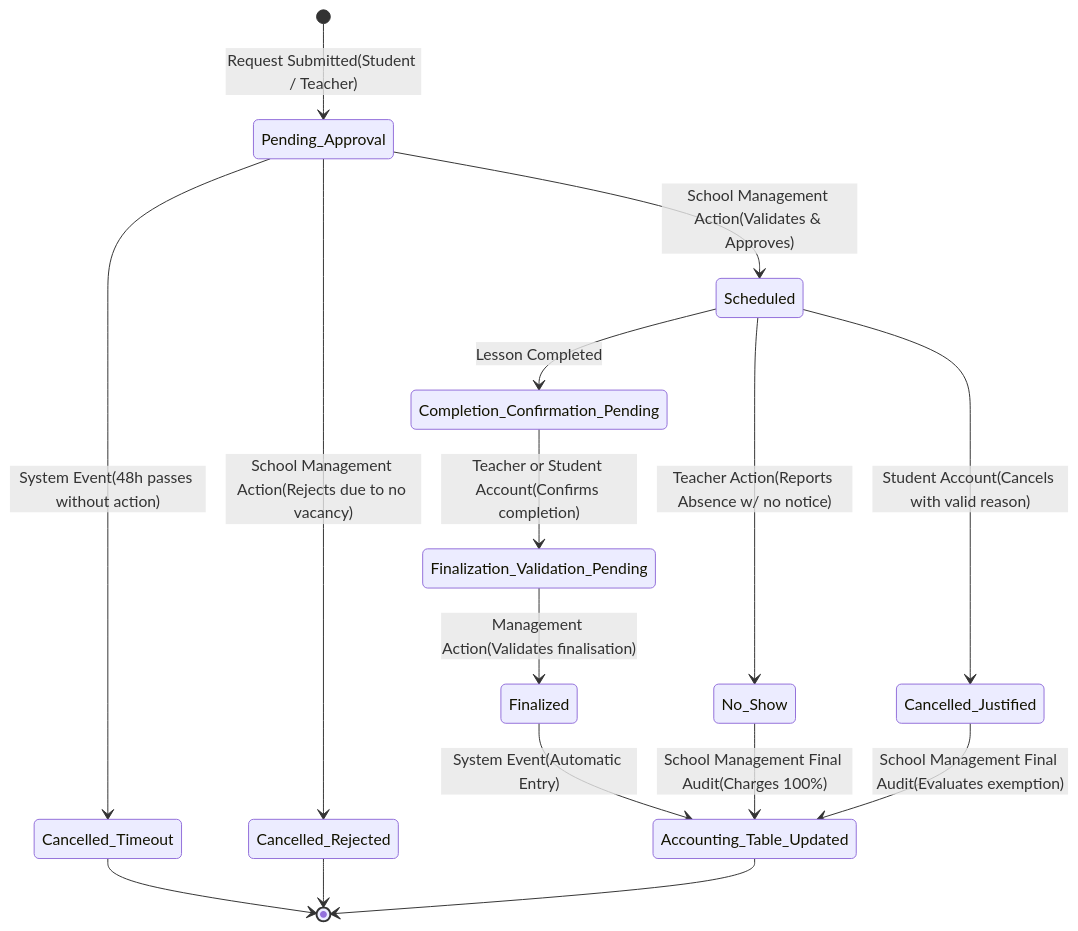
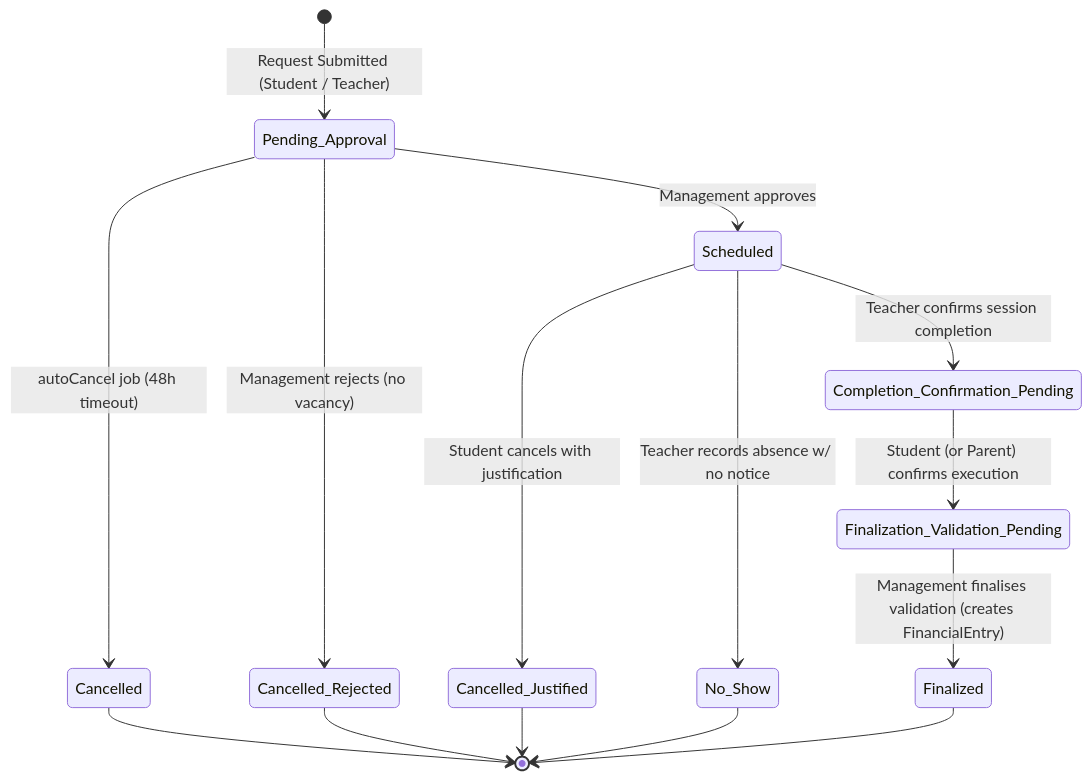
One commit to NovaLogic-Systems/gestArtes-docs changed the diagram in diagrams/State Machine Diagram/statediagram.md. Above: the diagram before and after it, drawn with Mermaid. The commit also changed other lines of this file and 4 other files, not shown here.

Commit message:
Refactor sequence diagrams for rental and marketplace processes; enhance sitemap and state machine diagram for clarity and detail

````diff
--- a/diagrams/State Machine Diagram/statediagram.md
+++ b/diagrams/State Machine Diagram/statediagram.md
@@ -1,32 +1,28 @@
 ```mermaid
 stateDiagram-v2
     direction TB
 
-    %% Request start
-    [*] --> Pending_Approval : Request Submitted(Student / Teacher)
+    %% Request start (Pending_Approval is seeded in DB)
+    [*] --> Pending_Approval : Request Submitted (Student / Teacher)
 
-    %% Booking validation
-    Pending_Approval --> Scheduled : School Management Action(Validates & Approves)
-    Pending_Approval --> Cancelled_Timeout : System Event(48h passes without action)
-    Pending_Approval --> Cancelled_Rejected : School Management Action(Rejects due to no vacancy)
+    %% Booking validation (Scheduled is auto-created by approve-session.usecase.js)
+    Pending_Approval --> Scheduled : Management approves
+    Pending_Approval --> Cancelled : autoCancel job (48h timeout)
+    Pending_Approval --> Cancelled_Rejected : Management rejects (no vacancy)
 
-    %% Post-coaching validation flow (Teacher or Student confirms, then Management finalises)
-    Scheduled --> Completion_Confirmation_Pending : Lesson Completed
-    Completion_Confirmation_Pending --> Finalization_Validation_Pending : Teacher or Student Account(Confirms completion)
-    Finalization_Validation_Pending --> Finalized : Management Action(Validates finalisation)
+    %% Post-coaching validation flow (Teacher confirms, then Student/Parent confirms, then Management finalises)
+    Scheduled --> Completion_Confirmation_Pending : Teacher confirms session completion
+    Completion_Confirmation_Pending --> Finalization_Validation_Pending : Student (or Parent) confirms execution
+    Finalization_Validation_Pending --> Finalized : Management finalises validation (creates FinancialEntry)
 
-    %% Automatic accounting update
-    Finalized --> Accounting_Table_Updated : System Event(Automatic Entry)
+    %% Exception flows during scheduled lesson
+    Scheduled --> No_Show : Teacher records absence w/ no notice
+    Scheduled --> Cancelled_Justified : Student cancels with justification
 
-    %% Exception flow during scheduled lesson
-    Scheduled --> No_Show : Teacher Action(Reports Absence w/ no notice)
-    Scheduled --> Cancelled_Justified : Student Account(Cancels with valid reason)
-
-    No_Show --> Accounting_Table_Updated : School Management Final Audit(Charges 100%)
-    Cancelled_Justified --> Accounting_Table_Updated : School Management Final Audit(Evaluates exemption)
-
-    %% Final states
-    Cancelled_Timeout --> [*]
+    %% Final states (FinancialEntry is generated as part of Finalized transition)
+    Cancelled --> [*]
     Cancelled_Rejected --> [*]
-    Accounting_Table_Updated --> [*]
+    Cancelled_Justified --> [*]
+    No_Show --> [*]
+    Finalized --> [*]
 ```
````
